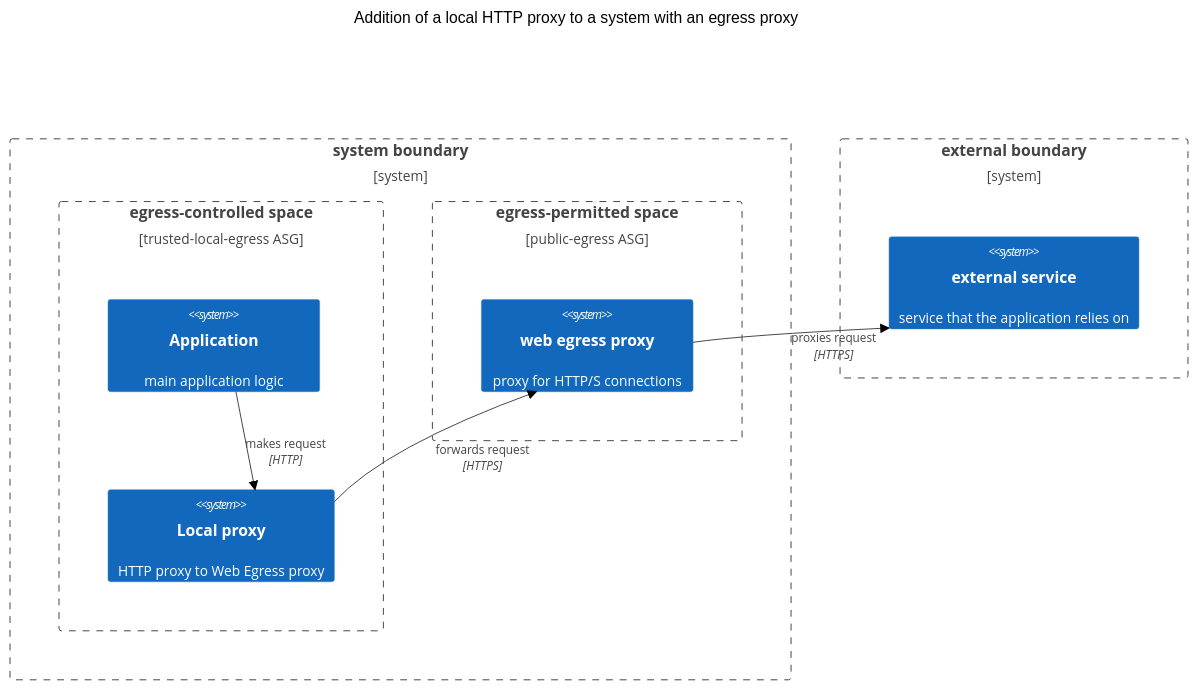
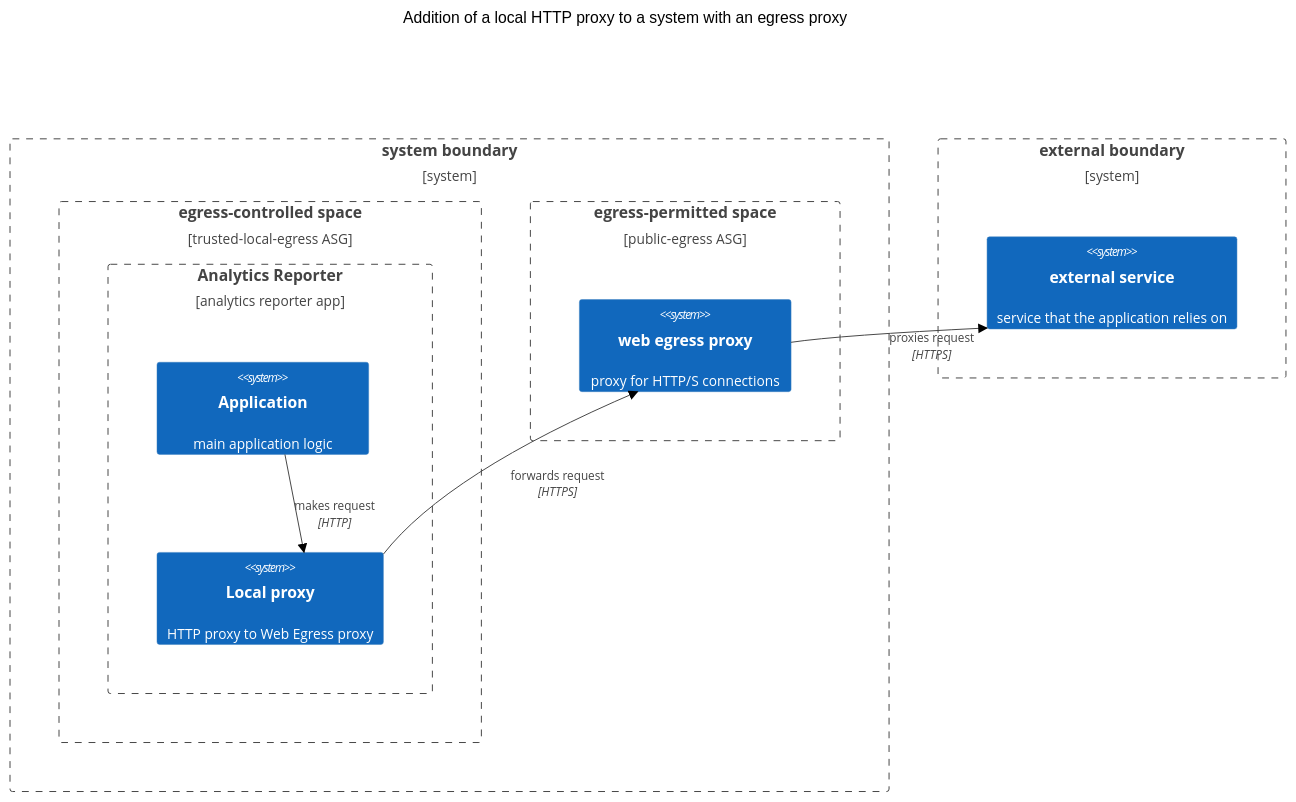
Before and after one commit to usagov/usagov-2021: the diagram in .docker/src-reporter/ReadMe_LocalProxy.md, drawn with Mermaid (forest theme). The commit also changed other lines of this file, not shown here.

Commit message:
USAGOV-1407-with-nginx: Update ReadMe_LocalProxy.md

````diff
--- a/.docker/src-reporter/ReadMe_LocalProxy.md
+++ b/.docker/src-reporter/ReadMe_LocalProxy.md
@@ -2,25 +18,24 @@
 ```mermaid
-    C4Context
+C4Context
       title Addition of a local HTTP proxy to a system with an egress proxy
       Boundary(system, "system boundary") {
           Boundary(trusted_local_egress, "egress-controlled space", "trusted-local-egress ASG") {
-            System(application, "Application", "main application logic")
-
-            System(local_proxy, "Local proxy", "HTTP proxy to Web Egress proxy")
+            Boundary(analytics_reporter, "Analytics Reporter", "analytics reporter app") {
+              System(application, "Application", "main application logic")
+              System(local_proxy, "Local proxy", "HTTP proxy to Web Egress proxy")
+            }
           }
 
           Boundary(public_egress, "egress-permitted space", "public-egress ASG") {
             System(https_proxy, "web egress proxy", "proxy for HTTP/S connections")
           }
       }
 
       Boundary(external_boundary, "external boundary") {
         System(external_service, "external service", "service that the application relies on")
       }
 
       Rel(application, local_proxy, "makes request", "HTTP")
       Rel(local_proxy, https_proxy, "forwards request", "HTTPS")
       Rel(https_proxy, external_service, "proxies request", "HTTPS")
-
-
 ```
````
